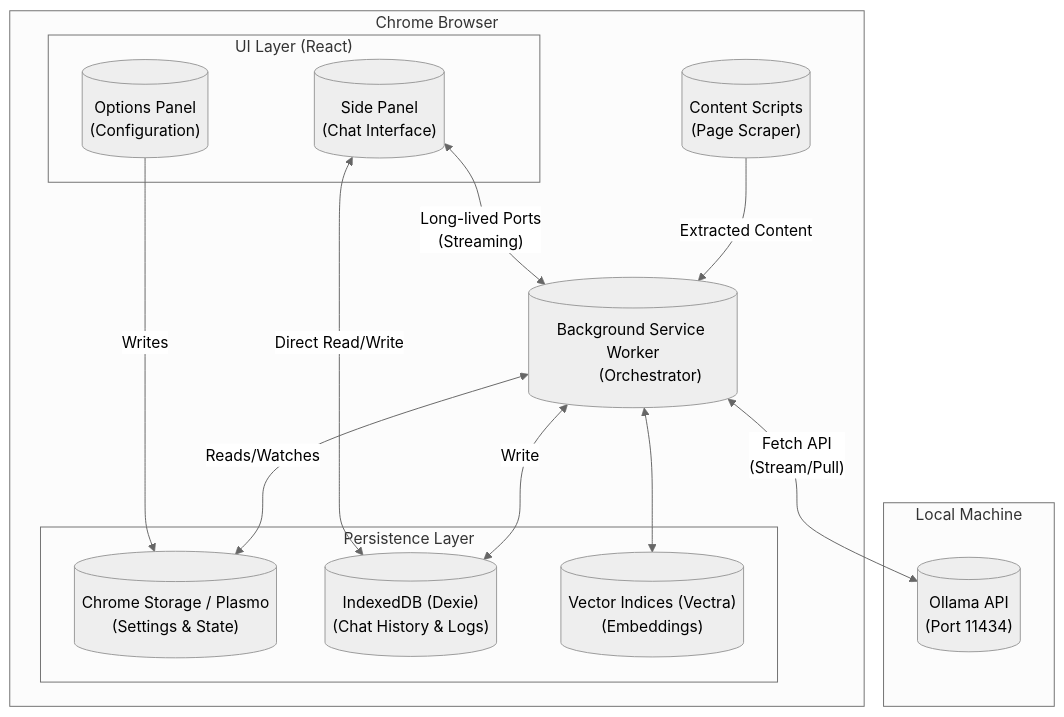
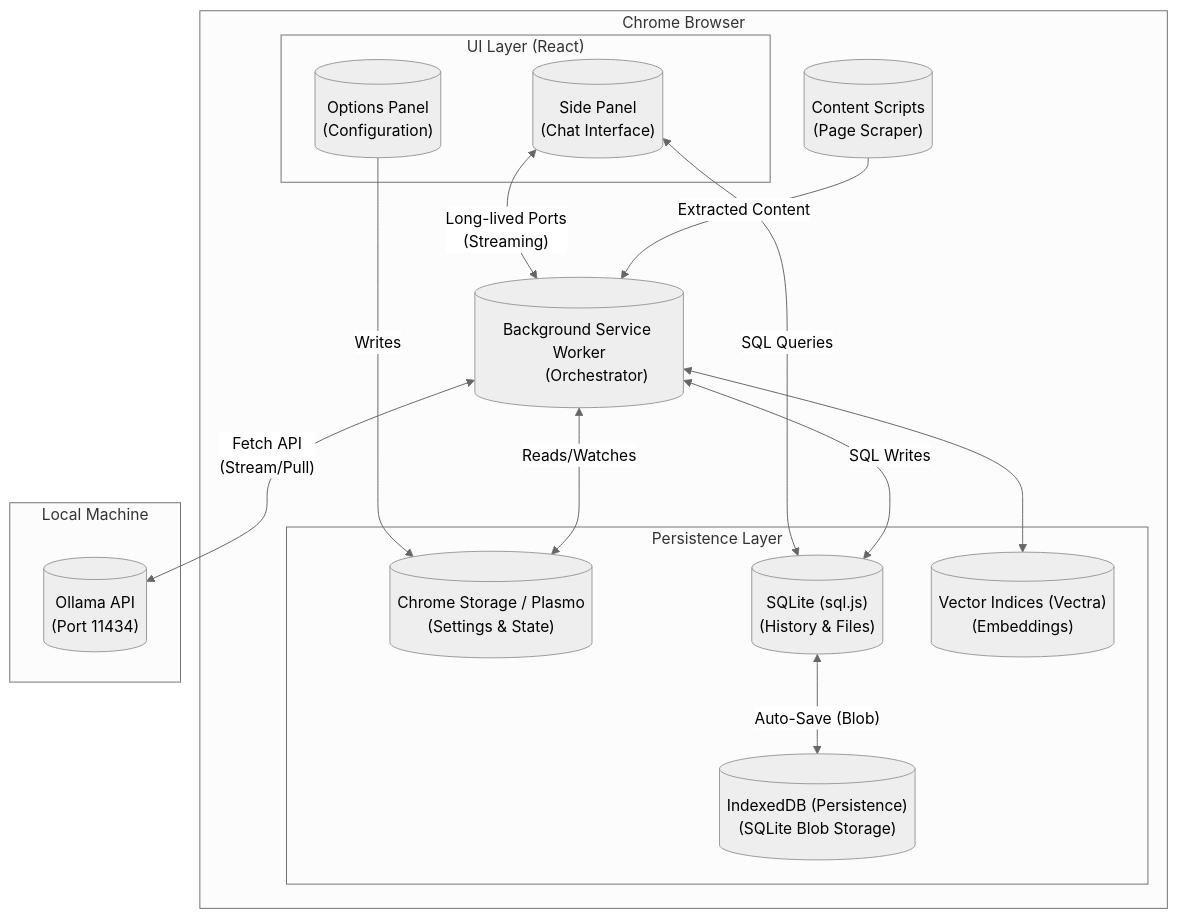
One commit to Shishir435/ollama-client changed the first of 3 diagrams in ARCHITECTURE.md. Above: the diagram before and after it, drawn with Mermaid (neutral theme). The commit also changed other lines of this file and 2 other files, not shown here.

Commit message:
docs: Migrate persistence from IndexedDB to SQLite (sql.js) for improved data integrity and complex query support.

````diff
--- a/ARCHITECTURE.md
+++ b/ARCHITECTURE.md
@@ -13,46 +13,49 @@
 ```mermaid
 graph TD
     subgraph Browser["Chrome Browser"]
         subgraph UI_Layer["UI Layer (React)"]
             SidePanel[("Side Panel
             (Chat Interface)")]
             OptionsUI[("Options Panel
             (Configuration)")]
         end
         
         BG[("Background Service Worker
         (Orchestrator)")]
         
         CS[("Content Scripts
         (Page Scraper)")]
         
         subgraph Persistence["Persistence Layer"]
             Storage[("Chrome Storage / Plasmo
             (Settings & State)")]
-            IndexedDB[("IndexedDB (Dexie)
-            (Chat History & Logs)")]
+            SQLite[("SQLite (sql.js)
+            (History & Files)")]
             VectorDB[("Vector Indices (Vectra)
             (Embeddings)")]
+            IndexedDB[("IndexedDB (Persistence)
+            (SQLite Blob Storage)")]
         end
     end
 
     subgraph LocalHost["Local Machine"]
         Ollama[("Ollama API
         (Port 11434)")]
     end
 
     %% Communications
     SidePanel <-->|"Long-lived Ports
     (Streaming)"| BG
     OptionsUI -->|"Writes"| Storage
     BG <-->|"Reads/Watches"| Storage
     
     BG <-->|"Fetch API
     (Stream/Pull)"| Ollama
     
-    SidePanel <-->|"Direct Read/Write"| IndexedDB
-    BG <-->|"Write"| IndexedDB
+    SidePanel <-->|"SQL Queries"| SQLite
+    BG <-->|"SQL Writes"| SQLite
+    SQLite <-->|"Auto-Save (Blob)"| IndexedDB
     
     BG <--> VectorDB
     CS -->|"Extracted Content"| BG
 ```
````
